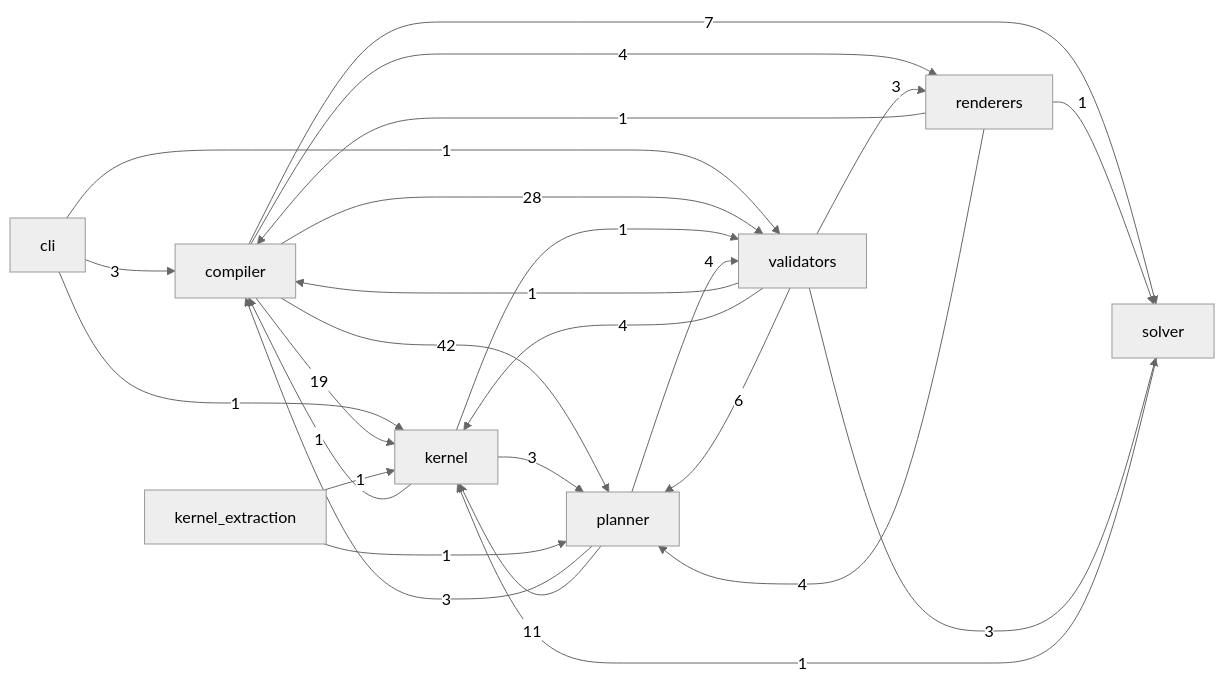
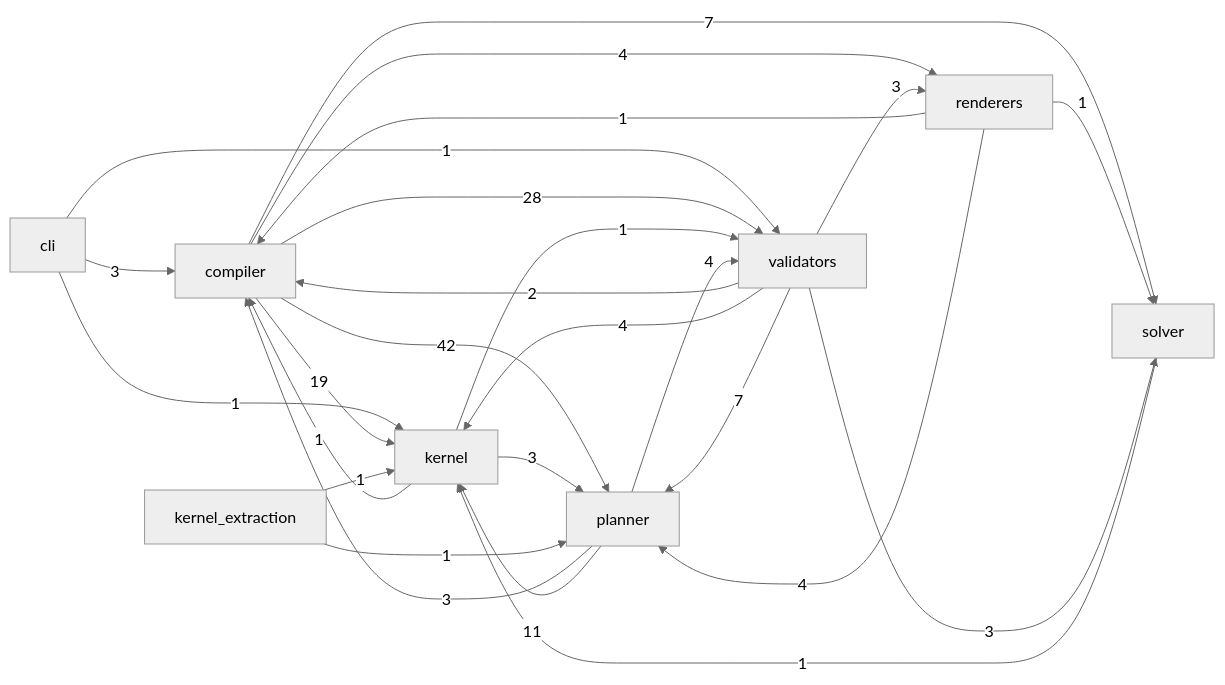
One commit to Kingsley-Cyber/cinematic-compiler-core changed the diagram in docs/reference/code.md. Above: the diagram before and after it, drawn with Mermaid (neutral theme). The commit also changed other lines of this file and 15 other files, not shown here.

````diff
--- a/docs/reference/code.md
+++ b/docs/reference/code.md
@@ -15,28 +15,28 @@
 ```mermaid
 flowchart LR
   cli -->|3| compiler
   cli -->|1| kernel
   cli -->|1| validators
   compiler -->|19| kernel
   compiler -->|42| planner
   compiler -->|4| renderers
   compiler -->|7| solver
   compiler -->|28| validators
   kernel -->|1| compiler
   kernel -->|3| planner
   kernel -->|1| validators
   kernel_extraction -->|1| kernel
   kernel_extraction -->|1| planner
   planner -->|3| compiler
   planner -->|11| kernel
   planner -->|4| validators
   renderers -->|1| compiler
   renderers -->|4| planner
   renderers -->|1| solver
   solver -->|1| kernel
-  validators -->|1| compiler
+  validators -->|2| compiler
   validators -->|4| kernel
-  validators -->|6| planner
+  validators -->|7| planner
   validators -->|3| renderers
   validators -->|3| solver
 ```
````
